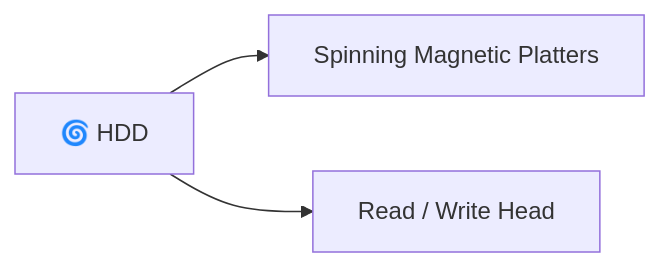
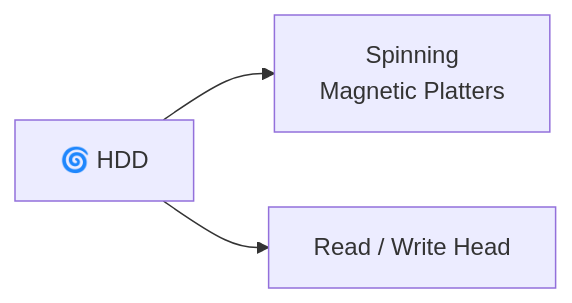
Before and after one commit to Yuvii2102/My-Devops-Cloud-Journey: the ninth of 14 diagrams in Linux/02-Fundamentals-Of-Linux/README.md, drawn with Mermaid. The commit also changed other lines of this file, not shown here.

````diff
--- a/Linux/02-Fundamentals-Of-Linux/README.md
+++ b/Linux/02-Fundamentals-Of-Linux/README.md
@@ -558,9 +675,10 @@
 ```mermaid
 flowchart LR
     HDD["🌀 HDD"]
-    P["Spinning Magnetic Platters"]
+
+    P["Spinning<br/>Magnetic Platters"]
     H["Read / Write Head"]
 
     HDD --> P
     HDD --> H
 ```
````
